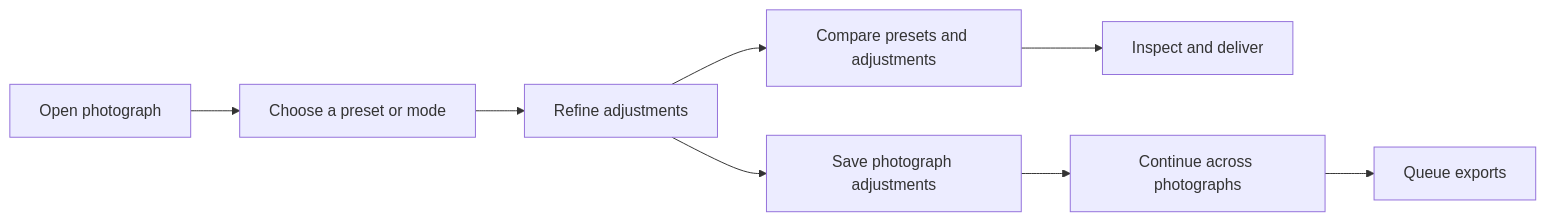
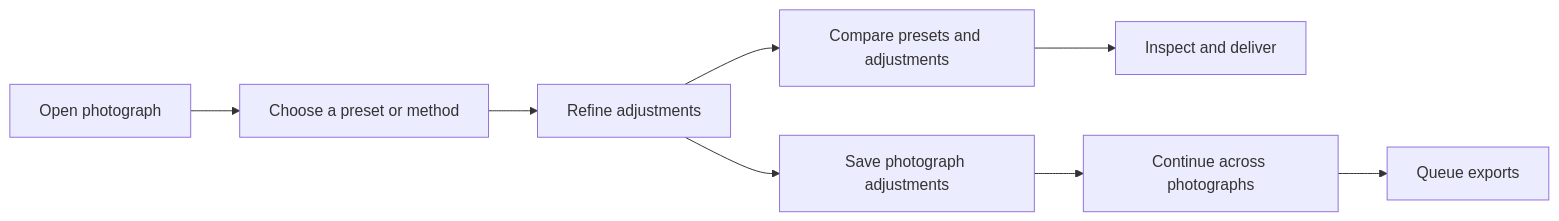
Before and after one commit to suraciii/spektrafilm-rs: the diagram in specs/gui-product-design/spec.md, drawn with Mermaid. The commit also changed other lines of this file and 19 other files, not shown here.

````diff
--- a/specs/gui-product-design/spec.md
+++ b/specs/gui-product-design/spec.md
@@ -17,10 +17,10 @@
 ```mermaid
 flowchart LR
-    O[Open photograph] --> S[Choose a preset or mode]
+    O[Open photograph] --> S[Choose a preset or method]
     S --> E[Refine adjustments]
     E --> C[Compare presets and adjustments]
     C --> D[Inspect and deliver]
     E --> R[Save photograph adjustments]
     R --> W[Continue across photographs]
     W --> Q[Queue exports]
 ```
````
